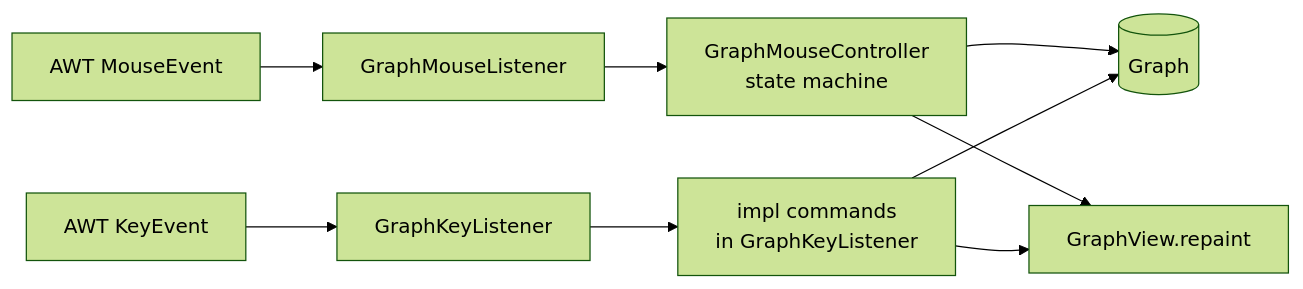
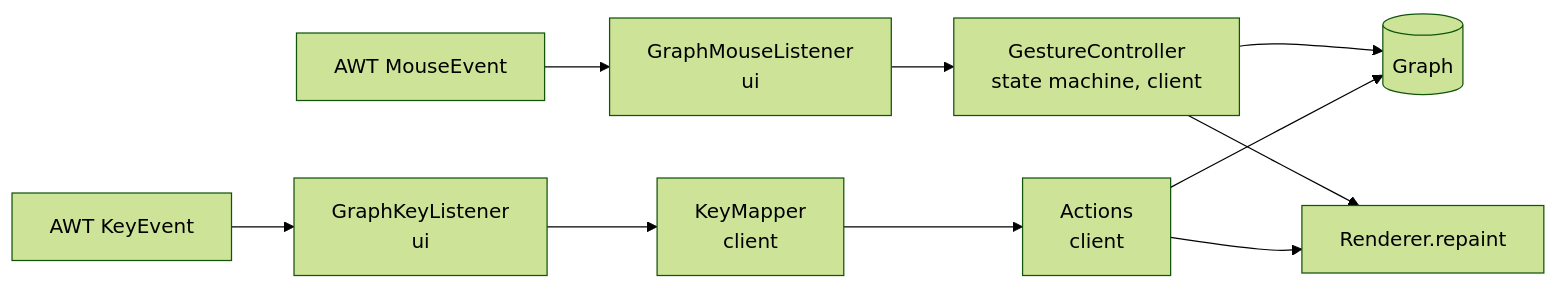
The fourth of 8 diagrams in docs/developer/architecture.md (kareltucek/sane-graph-edit), drawn with Mermaid (forest theme) before and after one commit. The commit also changed other lines of this file, not shown here.

First line of the commit message:
architecture.md: the client / renderer boundary

````diff
--- a/docs/developer/architecture.md
+++ b/docs/developer/architecture.md
@@ -230,18 +225,19 @@
 ```mermaid
 flowchart LR
     MouseEvt[AWT MouseEvent]
     KeyEvt[AWT KeyEvent]
-    Listener[GraphMouseListener]
-    Controller[GraphMouseController<br/>state machine]
-    KeyList[GraphKeyListener]
-    Cmd[impl commands<br/>in GraphKeyListener]
+    Listener[GraphMouseListener<br/>ui]
+    Controller[GestureController<br/>state machine, client]
+    KeyList[GraphKeyListener<br/>ui]
+    Mapper[KeyMapper<br/>client]
+    Cmd[Actions<br/>client]
     Graph2[(Graph)]
-    Repaint[GraphView.repaint]
+    Repaint[Renderer.repaint]
 
     MouseEvt --> Listener --> Controller
-    KeyEvt --> KeyList --> Cmd
+    KeyEvt --> KeyList --> Mapper --> Cmd
     Controller --> Graph2
     Cmd --> Graph2
     Controller --> Repaint
     Cmd --> Repaint
 ```
````
